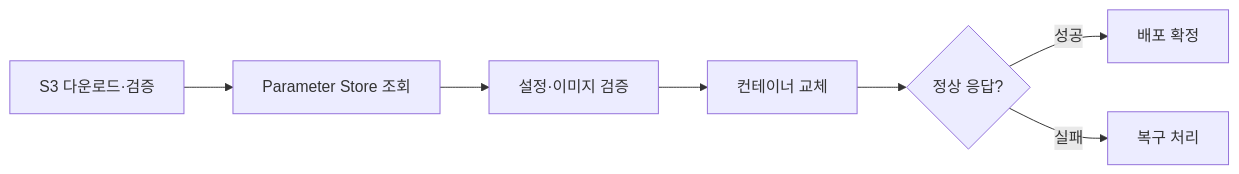
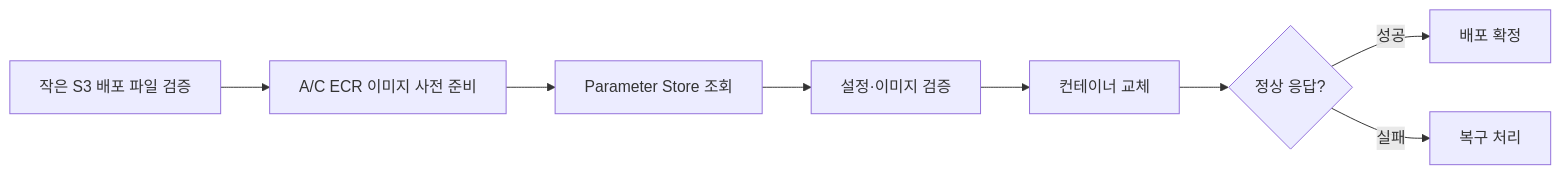
Before and after one commit to Uplus-GETDDO/getddo-be: the seventh of 25 diagrams in README.md, drawn with Mermaid. The commit also changed other lines of this file and 20 other files, not shown here.

Commit message:
feat: GD-350 운영 ECR 이미지 배포와 이전 이미지 자동 복구 전환

````diff
--- a/README.md
+++ b/README.md
@@ -249,8 +249,9 @@
 ```mermaid
 flowchart LR
-    Files["S3 다운로드·검증"] --> Env["Parameter Store 조회"]
+    Files["작은 S3 배포 파일 검증"] --> Prepare["A/C ECR 이미지 사전 준비"]
+    Prepare --> Env["Parameter Store 조회"]
     Env --> Validate["설정·이미지 검증"] --> Replace["컨테이너 교체"]
     Replace --> Health{"정상 응답?"}
     Health -->|"성공"| Done["배포 확정"]
     Health -->|"실패"| Recover["복구 처리"]
 ```
````
